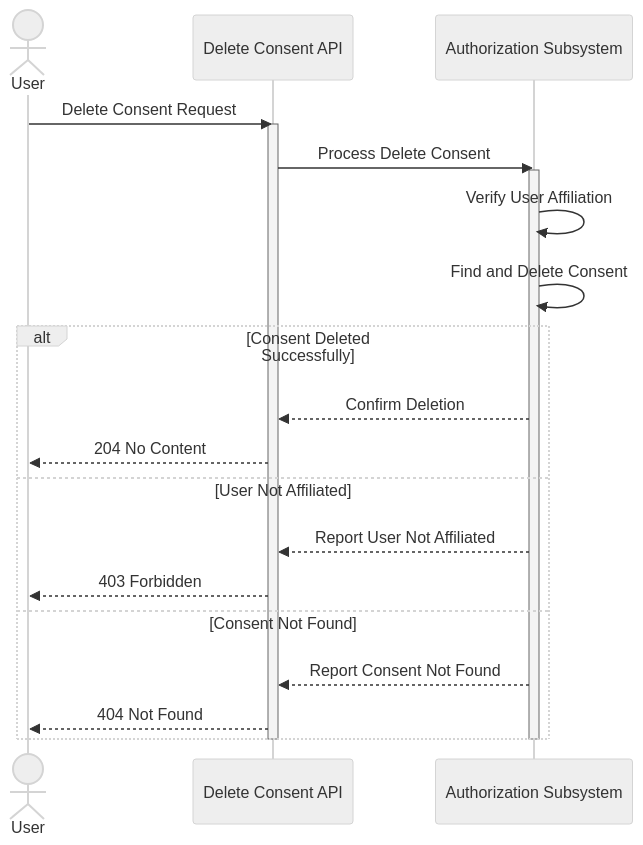
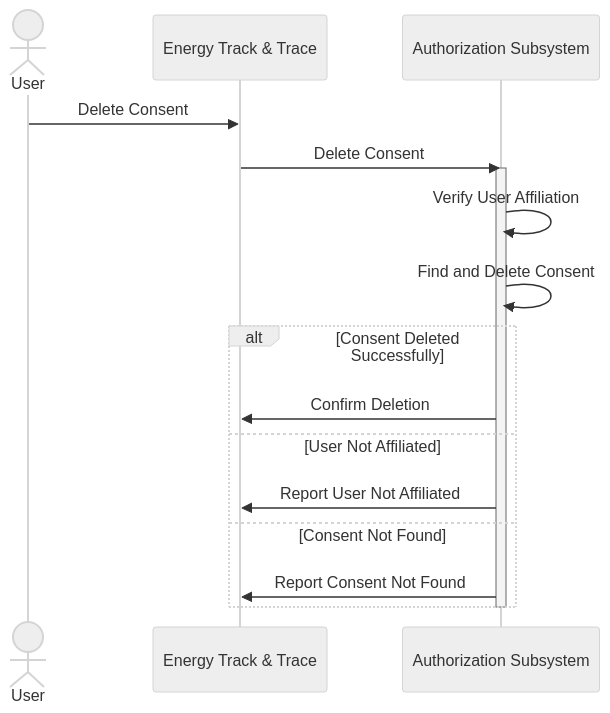
The sixth of 7 diagrams in doc/architecture/domains/authorization.md (Energinet-DataHub/energy-origin), drawn with Mermaid (neutral theme) before and after one commit. The commit also changed other lines of this file and 3 other files, not shown here.

````diff
--- a/doc/architecture/domains/authorization.md
+++ b/doc/architecture/domains/authorization.md
@@ -268,30 +204,25 @@
 ```mermaid
 sequenceDiagram
     actor User
-    participant API as Delete Consent API
+    participant EO as Energy Track & Trace
     participant Backend as Authorization Subsystem
 
-    User->>API: Delete Consent Request
-    activate API
-
-    API->>Backend: Process Delete Consent
+    User->>EO: Delete Consent
+    EO->>Backend: Delete Consent
+    
     activate Backend
 
     Backend->>Backend: Verify User Affiliation
 
     Backend->>Backend: Find and Delete Consent
 
     alt Consent Deleted Successfully
-        Backend-->>API: Confirm Deletion
-        API-->>User: 204 No Content
+        Backend->>EO: Confirm Deletion
     else User Not Affiliated
-        Backend-->>API: Report User Not Affiliated
-        API-->>User: 403 Forbidden
+        Backend->>EO: Report User Not Affiliated
     else Consent Not Found
-        Backend-->>API: Report Consent Not Found
-        API-->>User: 404 Not Found
+        Backend->>EO: Report Consent Not Found
     end
 
     deactivate Backend
-    deactivate API
 ```
````
